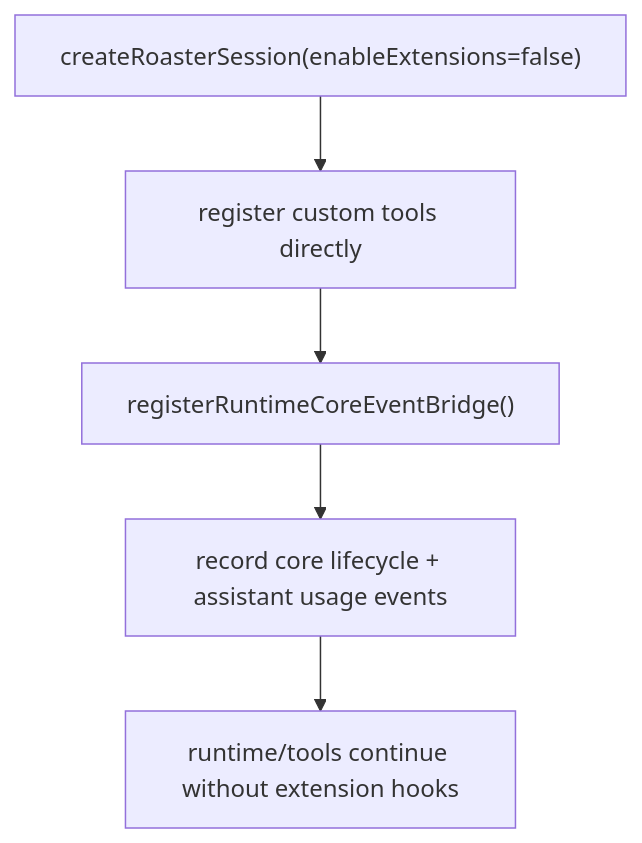
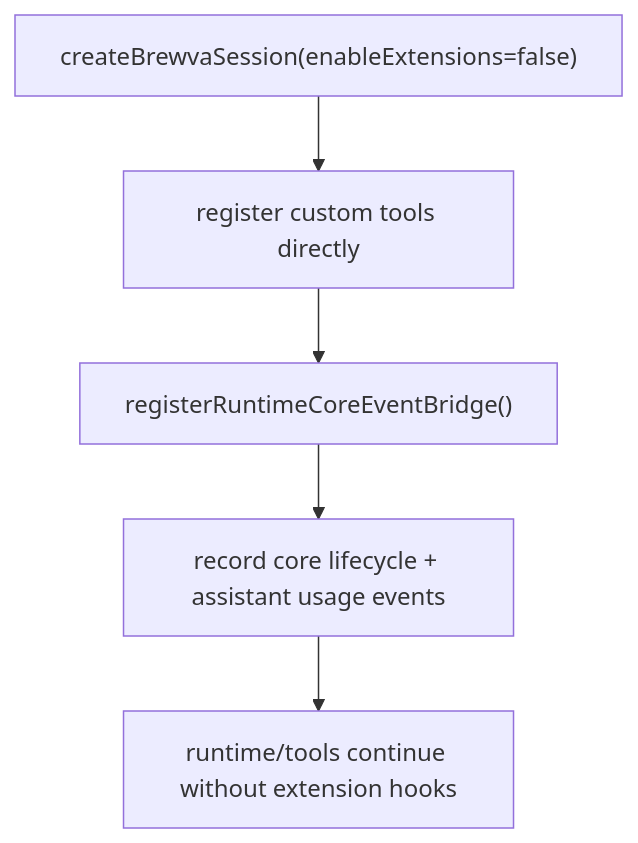
The second of 5 diagrams in docs/architecture/control-and-data-flow.md (arcthur/brewva), drawn with Mermaid before and after one commit. The commit also changed other lines of this file and 252 other files, not shown here.

First line of the commit message:
chore: rename project from pi-roaster to brewva

````diff
--- a/docs/architecture/control-and-data-flow.md
+++ b/docs/architecture/control-and-data-flow.md
@@ -37,7 +37,7 @@
 ```mermaid
 flowchart TD
-  A["createRoasterSession(enableExtensions=false)"] --> B["register custom tools directly"]
+  A["createBrewvaSession(enableExtensions=false)"] --> B["register custom tools directly"]
   B --> C["registerRuntimeCoreEventBridge()"]
   C --> D["record core lifecycle + assistant usage events"]
   D --> E["runtime/tools continue without extension hooks"]
 ```
````
